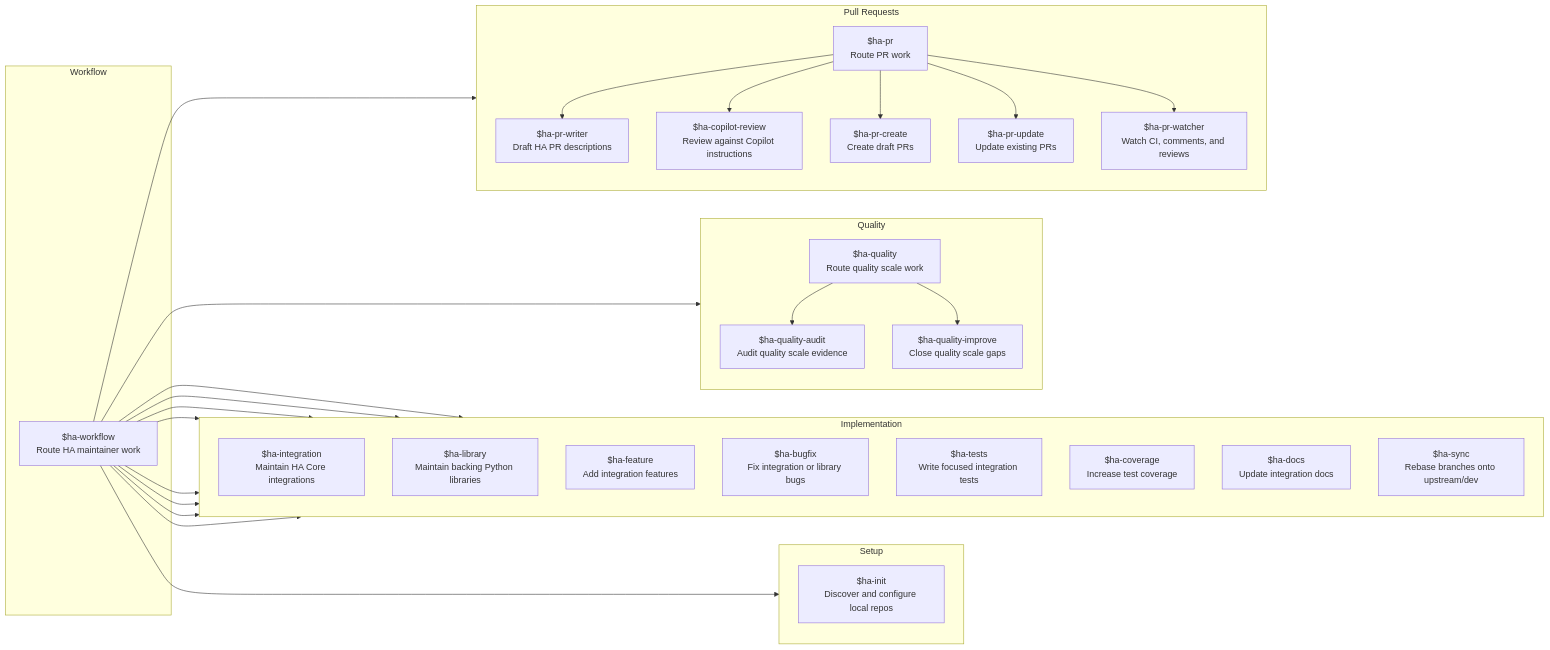
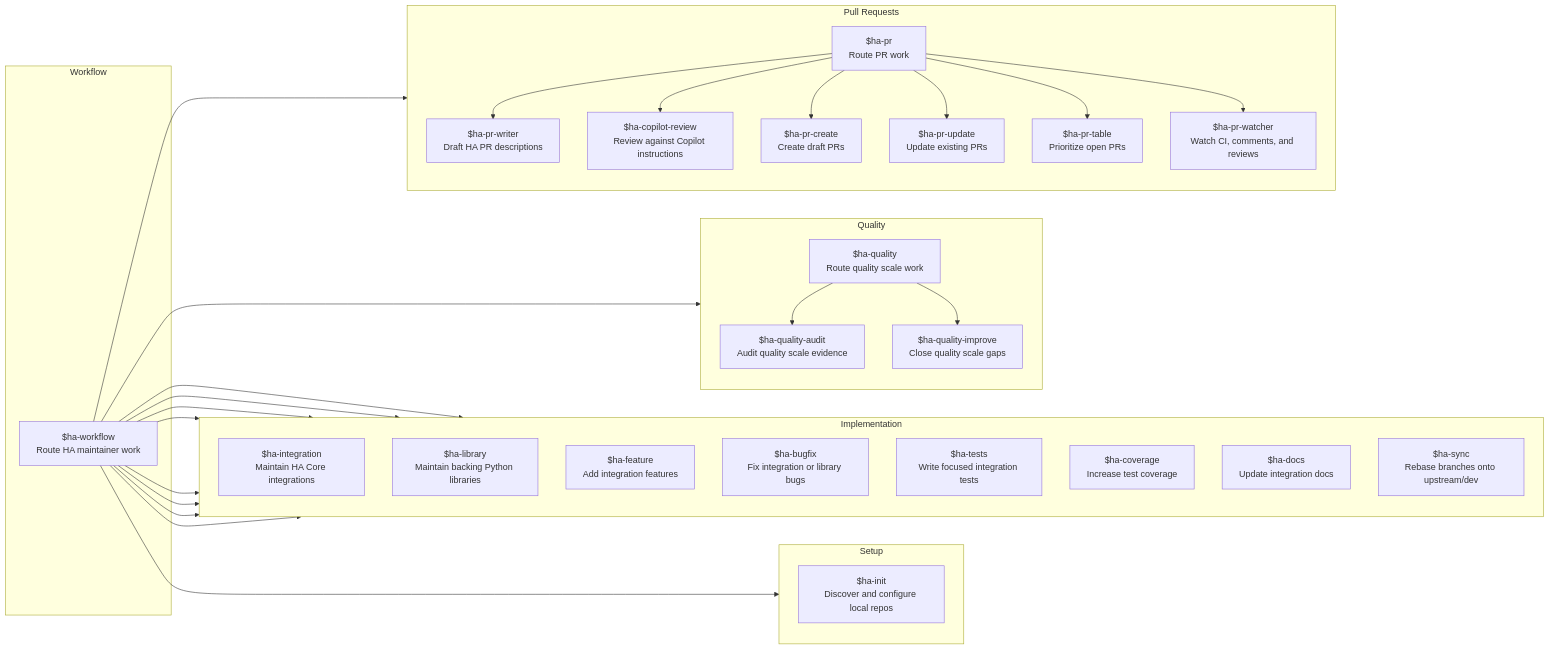
One commit to jeeftor/codex-ha changed the first of 2 diagrams in agent-matrix.md. Above: the diagram before and after it, drawn with Mermaid. The commit also changed other lines of this file and 13 other files, not shown here.

````diff
--- a/agent-matrix.md
+++ b/agent-matrix.md
@@ -9,61 +9,63 @@
 ```mermaid
 flowchart LR
   subgraph Workflow
     WORKFLOW["$ha-workflow<br/>Route HA maintainer work"]
   end
 
   subgraph Setup
     direction TB
     INIT["$ha-init<br/>Discover and configure local repos"]
   end
 
   subgraph Implementation
     direction TB
     INTEGRATION["$ha-integration<br/>Maintain HA Core integrations"]
     LIBRARY["$ha-library<br/>Maintain backing Python libraries"]
     FEATURE["$ha-feature<br/>Add integration features"]
     BUGFIX["$ha-bugfix<br/>Fix integration or library bugs"]
     TESTS["$ha-tests<br/>Write focused integration tests"]
     COVERAGE["$ha-coverage<br/>Increase test coverage"]
     DOCS["$ha-docs<br/>Update integration docs"]
     SYNC["$ha-sync<br/>Rebase branches onto upstream/dev"]
   end
 
   subgraph Quality
     direction TB
     QUALITY["$ha-quality<br/>Route quality scale work"]
     QUALITY_AUDIT["$ha-quality-audit<br/>Audit quality scale evidence"]
     QUALITY_IMPROVE["$ha-quality-improve<br/>Close quality scale gaps"]
   end
 
   subgraph PullRequests["Pull Requests"]
     direction TB
     PR["$ha-pr<br/>Route PR work"]
     PR_WRITER["$ha-pr-writer<br/>Draft HA PR descriptions"]
     COPILOT["$ha-copilot-review<br/>Review against Copilot instructions"]
     PR_CREATE["$ha-pr-create<br/>Create draft PRs"]
     PR_UPDATE["$ha-pr-update<br/>Update existing PRs"]
+    PR_TABLE["$ha-pr-table<br/>Prioritize open PRs"]
     PR_WATCHER["$ha-pr-watcher<br/>Watch CI, comments, and reviews"]
   end
 
   WORKFLOW --> INIT
   WORKFLOW --> INTEGRATION
   WORKFLOW --> LIBRARY
   WORKFLOW --> FEATURE
   WORKFLOW --> BUGFIX
   WORKFLOW --> TESTS
   WORKFLOW --> COVERAGE
   WORKFLOW --> QUALITY
   WORKFLOW --> PR
   WORKFLOW --> SYNC
   WORKFLOW --> DOCS
 
   QUALITY --> QUALITY_AUDIT
   QUALITY --> QUALITY_IMPROVE
 
   PR --> PR_WRITER
   PR --> COPILOT
   PR --> PR_CREATE
   PR --> PR_UPDATE
+  PR --> PR_TABLE
   PR --> PR_WATCHER
 ```
````
